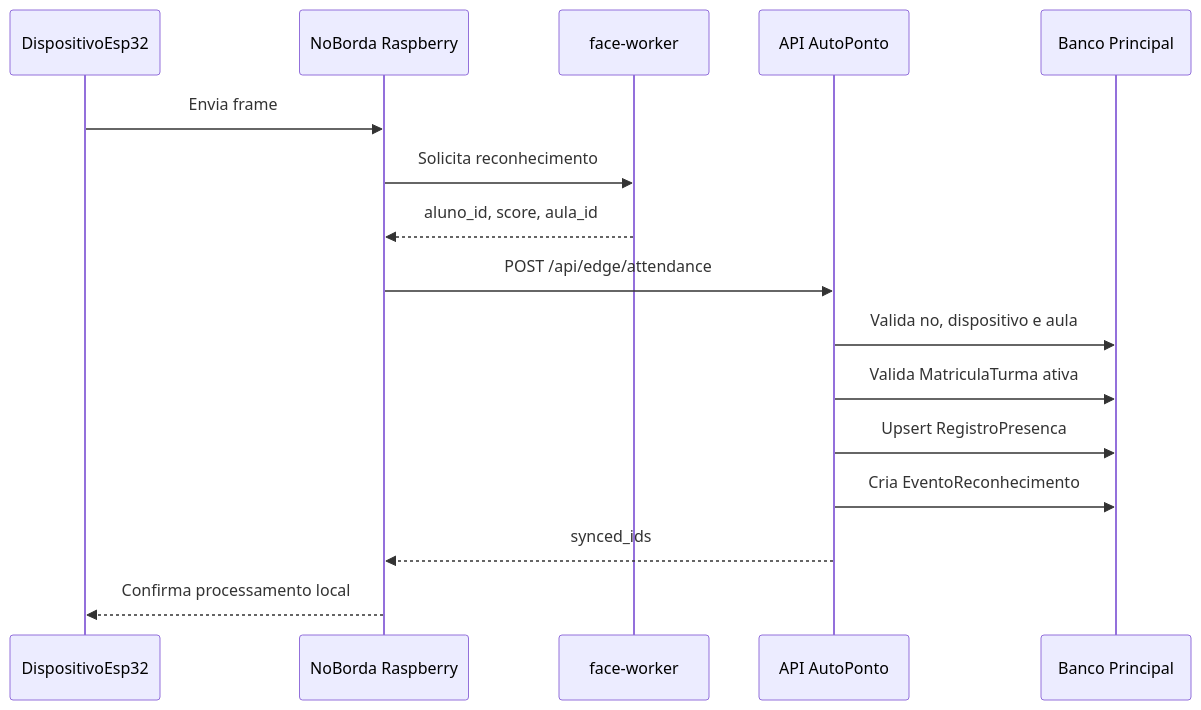
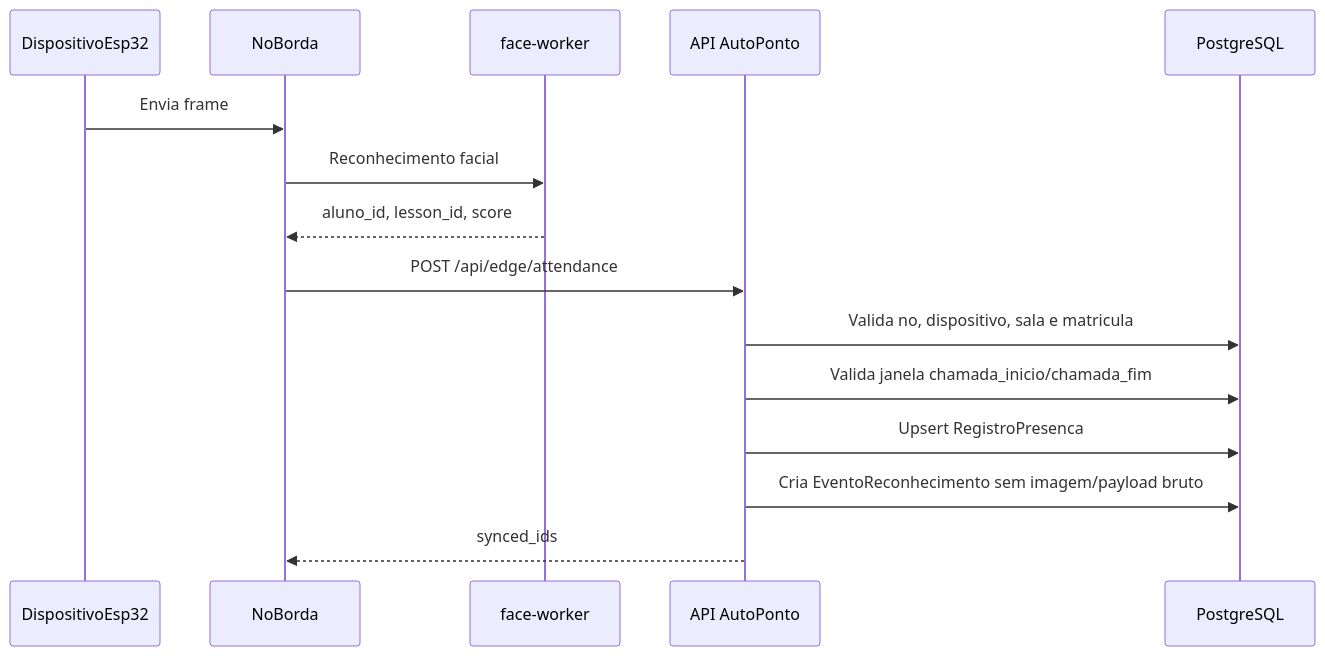
Before and after one commit to DanielKGM/autoponto: the seventh of 12 diagrams in autoponto-backend/docs/diagramas-tcc.md, drawn with Mermaid. The commit also changed other lines of this file and 46 other files, not shown here.

````diff
--- a/autoponto-backend/docs/diagramas-tcc.md
+++ b/autoponto-backend/docs/diagramas-tcc.md
@@ -256,19 +223,18 @@
 ```mermaid
 sequenceDiagram
     participant ESP as DispositivoEsp32
-    participant Edge as NoBorda Raspberry
+    participant Edge as NoBorda
     participant Face as face-worker
     participant API as API AutoPonto
-    participant DB as Banco Principal
+    participant DB as PostgreSQL
 
     ESP->>Edge: Envia frame
-    Edge->>Face: Solicita reconhecimento
-    Face-->>Edge: aluno_id, score, aula_id
+    Edge->>Face: Reconhecimento facial
+    Face-->>Edge: aluno_id, lesson_id, score
     Edge->>API: POST /api/edge/attendance
-    API->>DB: Valida no, dispositivo e aula
-    API->>DB: Valida MatriculaTurma ativa
+    API->>DB: Valida no, dispositivo, sala e matricula
+    API->>DB: Valida janela chamada_inicio/chamada_fim
     API->>DB: Upsert RegistroPresenca
-    API->>DB: Cria EventoReconhecimento
+    API->>DB: Cria EventoReconhecimento sem imagem/payload bruto
     API-->>Edge: synced_ids
-    Edge-->>ESP: Confirma processamento local
 ```
````
